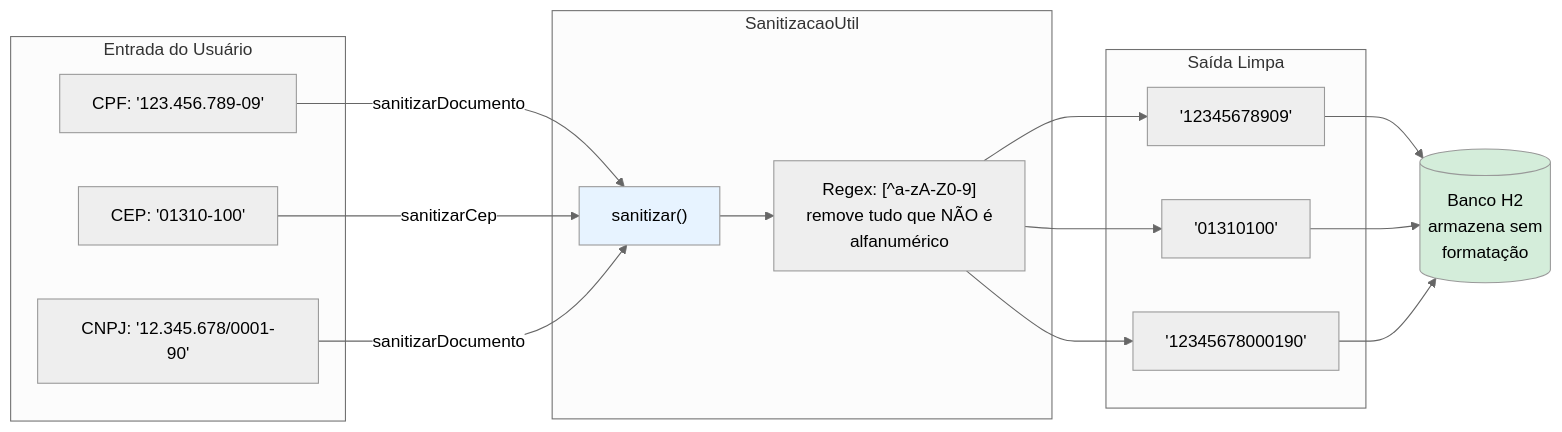
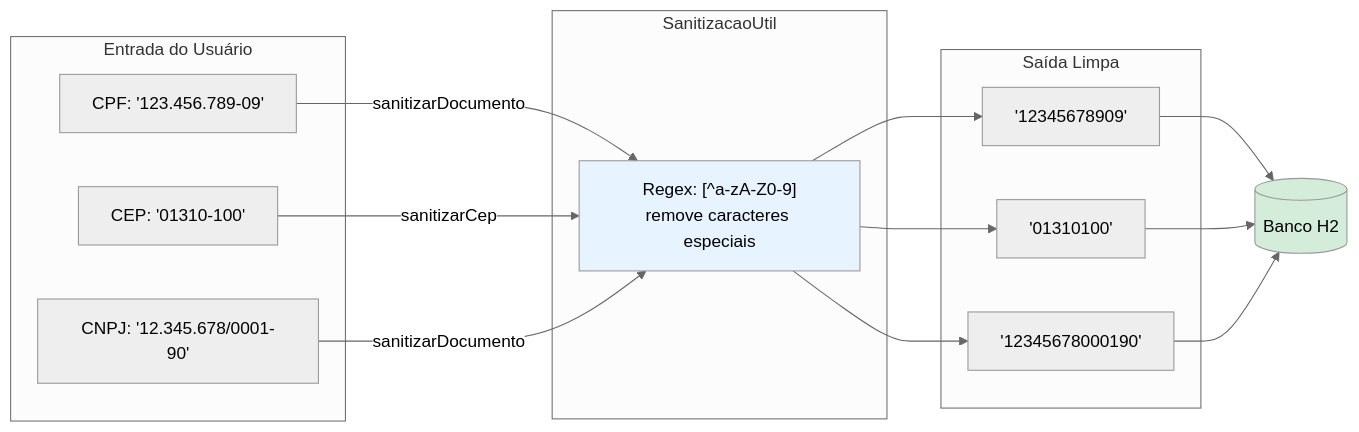
Before and after one commit to GeciaraBoava/teste-bv: the tenth of 12 diagrams in fluxograma.md, drawn with Mermaid (neutral theme). The commit also changed other lines of this file, not shown here.

````diff
--- a/fluxograma.md
+++ b/fluxograma.md
@@ -323,32 +282,32 @@
 ```mermaid
 flowchart LR
     subgraph "Entrada do Usuário"
         CPF["CPF: '123.456.789-09'"]
         CEP["CEP: '01310-100'"]
         CNPJ["CNPJ: '12.345.678/0001-90'"]
     end
 
     subgraph "SanitizacaoUtil"
-        S1["sanitizar()"] --> R1["Regex: [^a-zA-Z0-9]<br/>remove tudo que NÃO é<br/>alfanumérico"]
+        S1["Regex: [^a-zA-Z0-9]<br/>remove caracteres especiais"]
     end
 
     subgraph "Saída Limpa"
         CPF_OK["'12345678909'"]
         CEP_OK["'01310100'"]
         CNPJ_OK["'12345678000190'"]
     end
 
     CPF -->|sanitizarDocumento| S1
     CEP -->|sanitizarCep| S1
     CNPJ -->|sanitizarDocumento| S1
-    R1 --> CPF_OK
-    R1 --> CEP_OK
-    R1 --> CNPJ_OK
+    S1 --> CPF_OK
+    S1 --> CEP_OK
+    S1 --> CNPJ_OK
 
-    CPF_OK --> DB[(Banco H2<br/>armazena sem<br/>formatação)]
+    CPF_OK --> DB[(Banco H2)]
     CEP_OK --> DB
     CNPJ_OK --> DB
 
     style S1 fill:#e7f3ff
     style DB fill:#d4edda
 ```
````
